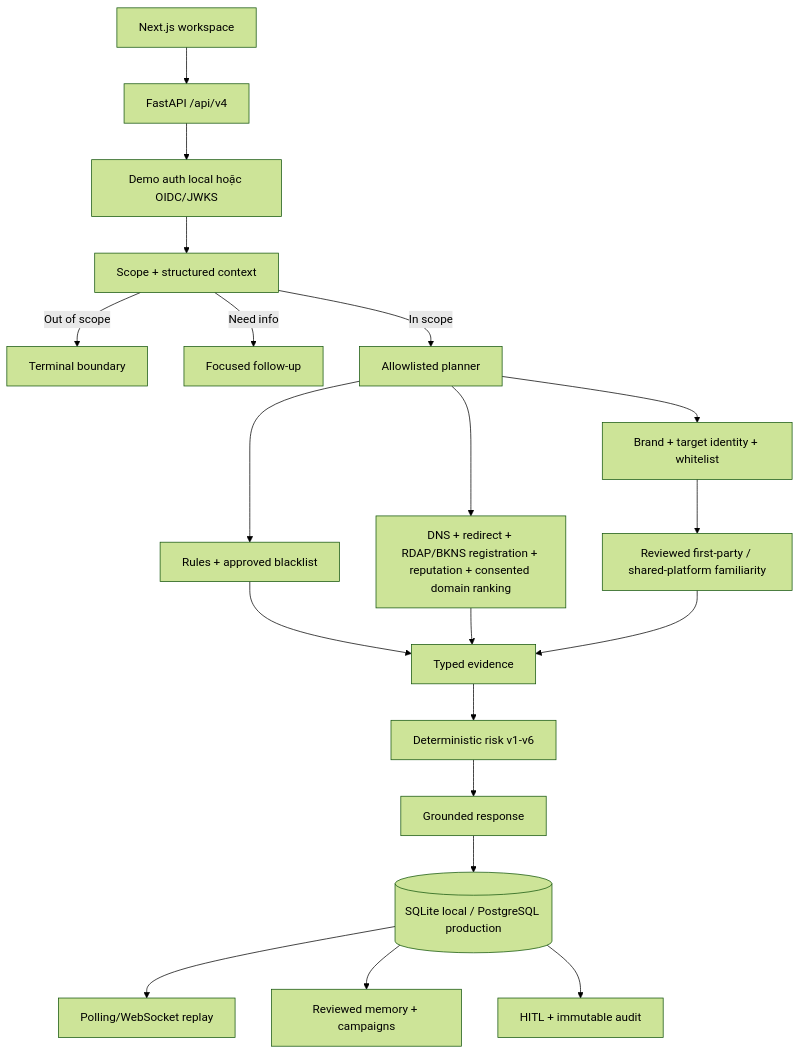
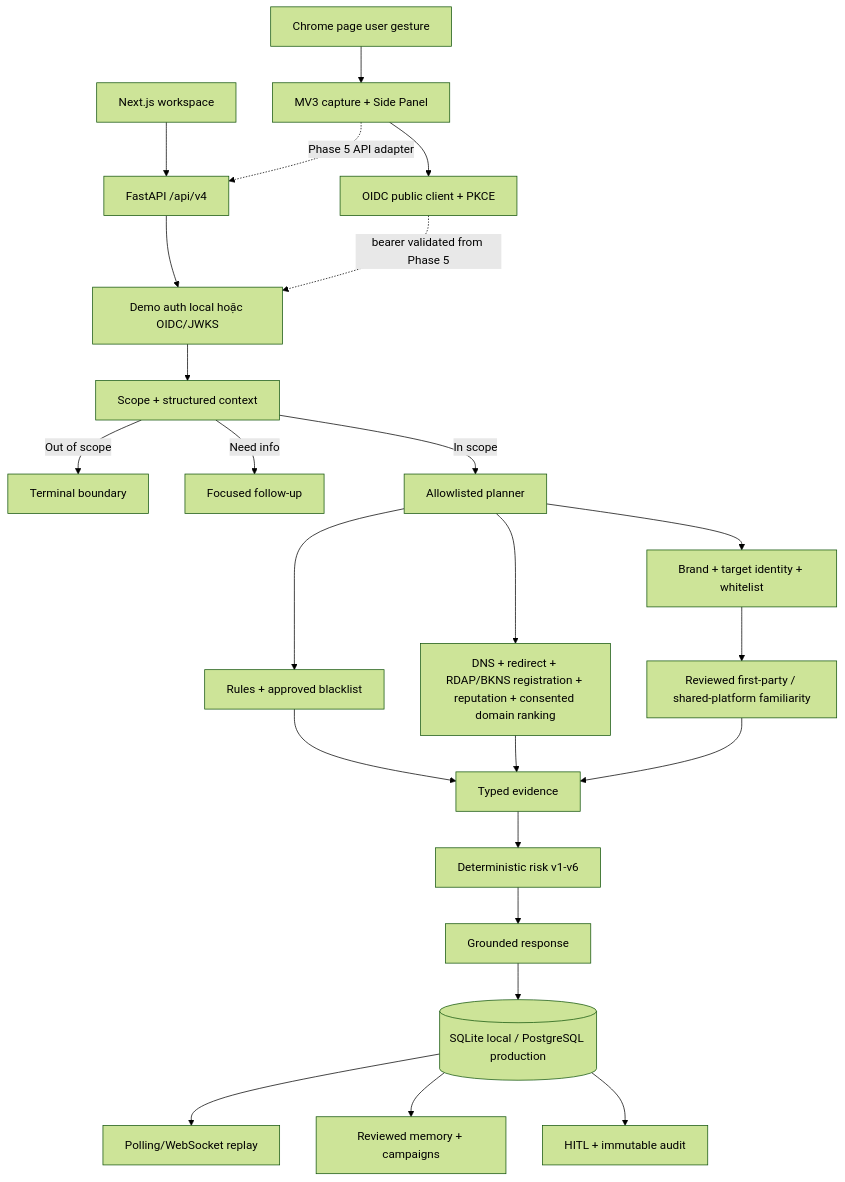
The diagram in docs/PRODUCT_ARCHITECTURE.md (Binhdn04/TrustGuard-AI), drawn with Mermaid (forest theme) before and after one commit. The commit also changed other lines of this file and 27 other files, not shown here.

Commit message:
extension: phase 3 - OIDC Authorization Code + PKCE

````diff
--- a/docs/PRODUCT_ARCHITECTURE.md
+++ b/docs/PRODUCT_ARCHITECTURE.md
@@ -40,22 +40,26 @@
 ```mermaid
 flowchart TD
     UI[Next.js workspace] --> API[FastAPI /api/v4]
+    Page[Chrome page user gesture] --> Extension[MV3 capture + Side Panel]
+    Extension --> ExtAuth[OIDC public client + PKCE]
+    Extension -. Phase 5 API adapter .-> API
     API --> Auth[Demo auth local hoặc OIDC/JWKS]
+    ExtAuth -. bearer validated from Phase 5 .-> Auth
     Auth --> Scope[Scope + structured context]
     Scope -->|Out of scope| Boundary[Terminal boundary]
     Scope -->|Need info| FollowUp[Focused follow-up]
     Scope -->|In scope| Planner[Allowlisted planner]
     Planner --> Local[Rules + approved blacklist]
     Planner --> Network[DNS + redirect + RDAP/BKNS registration + reputation + consented domain ranking]
     Planner --> Trust[Brand + target identity + whitelist]
     Trust --> Familiarity[Reviewed first-party / shared-platform familiarity]
     Local --> Evidence[Typed evidence]
     Network --> Evidence
     Familiarity --> Evidence
     Evidence --> Risk[Deterministic risk v1-v6]
     Risk --> Response[Grounded response]
     Response --> Store[(SQLite local / PostgreSQL production)]
     Store --> Events[Polling/WebSocket replay]
     Store --> Memory[Reviewed memory + campaigns]
     Store --> Admin[HITL + immutable audit]
 ```
````
